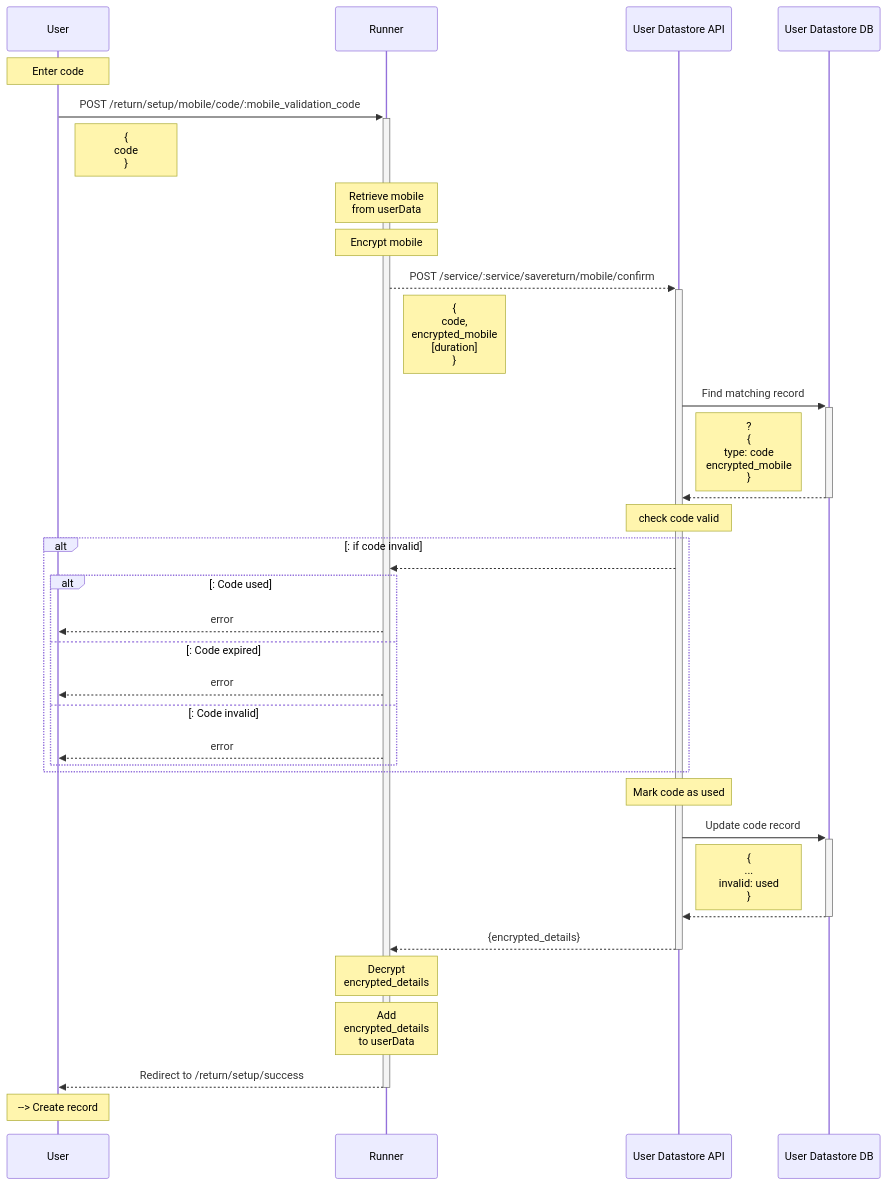
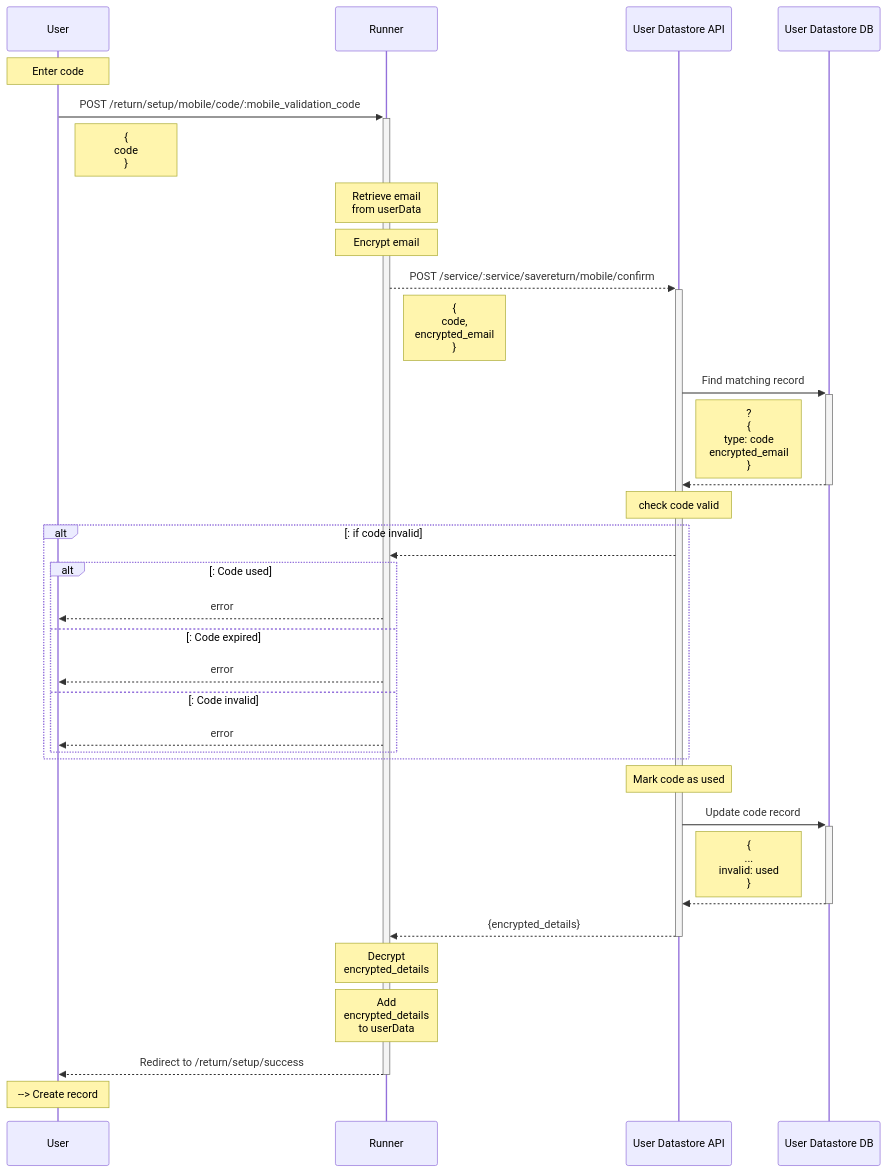
Before and after one commit to ministryofjustice/form-builder: the diagram in documentation/running/save-and-return/files/return--setup--mobile-validation.mmd, drawn with Mermaid. The commit also changed 2 other files, not shown here.

Commit message:
Change usage of encrypted_mobile to encrypted_email to ensure consistent keys

```diff
--- a/documentation/running/save-and-return/files/return--setup--mobile-validation.mmd
+++ b/documentation/running/save-and-return/files/return--setup--mobile-validation.mmd
@@ -1,69 +1,69 @@
 sequenceDiagram
 
 participant U as User
 
 participant R as Runner
 
 participant DS as User Datastore API
 
 participant DB as User Datastore DB
 
 Note over U: Enter code
 
 U->>+R: POST /return/setup/mobile/code/:mobile_validation_code
 
 Note right of U: {<br>code<br>}
 
-Note over R: Retrieve mobile<br>from userData
+Note over R: Retrieve email<br>from userData
 
-Note over R: Encrypt mobile
+Note over R: Encrypt email
 
 R-->>+DS: POST /service/:service/savereturn/mobile/confirm
 
-Note right of R: {<br>code,<br>encrypted_mobile<br>[duration]<br>}
+Note right of R: {<br>code,<br>encrypted_email<br>}
 
 DS->>+DB: Find matching record
 
-Note right of DS: ? <br>{<br>type: code<br>encrypted_mobile<br>}
+Note right of DS: ? <br>{<br>type: code<br>encrypted_email<br>}
 
 DB-->>-DS:  
 
 Note over DS: check code valid
 
 alt: if code invalid
 
   DS-->>R:  
 
   alt: Code used
 
     R-->>U: error
 
   else: Code expired
 
     R-->>U: error
 
   else: Code invalid
 
     R-->>U: error
 
   end
 
 end
 
   Note over DS: Mark code as used
 
   DS->>+DB: Update code record 
 
   Note right of DS: {<br>...<br>invalid: used<br>}
 
   DB-->>-DS: 
 
 DS-->>-R:   {encrypted_details}
 
 Note over R: Decrypt <br>encrypted_details
 
 Note over R: Add <br>encrypted_details<br>to userData
 
 R-->>-U: Redirect to /return/setup/success
 
 Note over U: --> Create record
```
